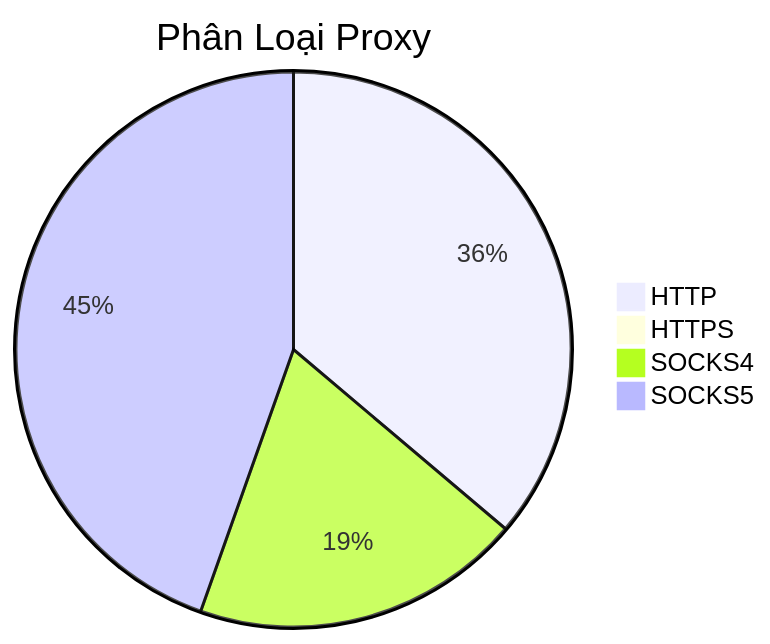
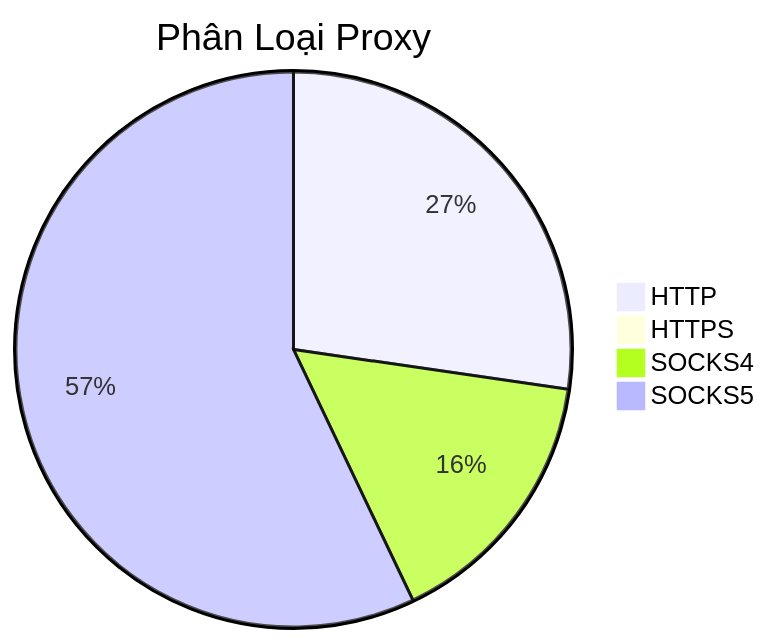
Before and after one commit to Ciara-Aa/PROXY-free: the diagram in README.md, drawn with Mermaid. The commit also changed other lines of this file and 4 other files, not shown here.

````diff
--- a/README.md
+++ b/README.md
@@ -26,7 +26,7 @@
 ```mermaid
 pie title Phân Loại Proxy
-    "HTTP" : 577
-    "HTTPS" : 2
-    "SOCKS4" : 307
-    "SOCKS5" : 711
+    "HTTP" : 534
+    "HTTPS" : 3
+    "SOCKS4" : 306
+    "SOCKS5" : 1117
 ```
````
